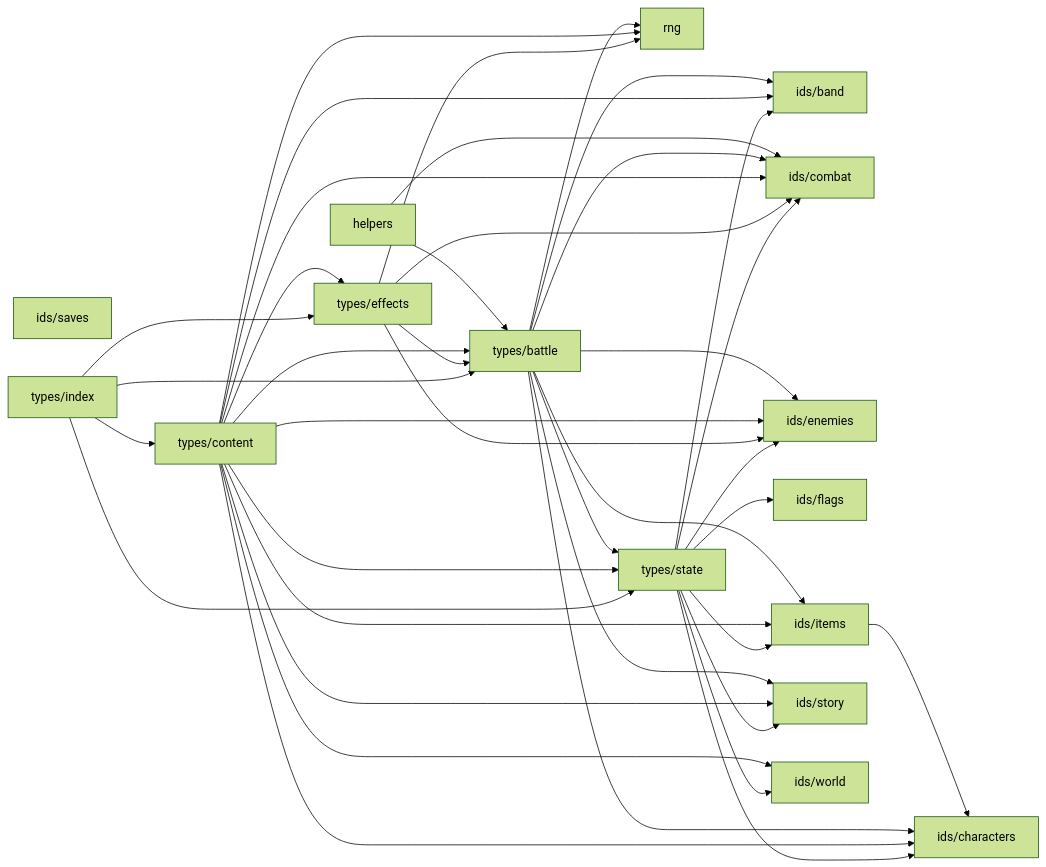
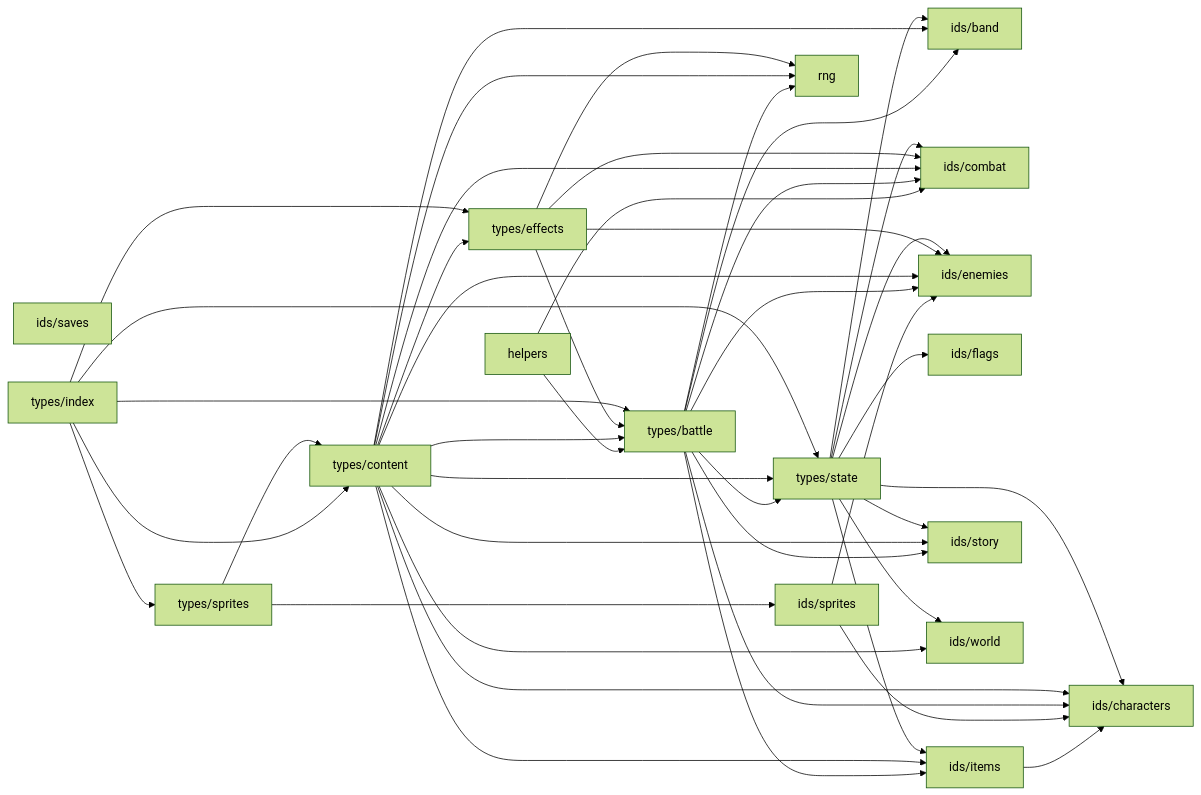
Before and after one commit to OrangeB0lt/Cyber-funk: the diagram in docs/reference/code-map/core.md, drawn with Mermaid (forest theme). The commit also changed other lines of this file and 30 other files, not shown here.

````diff
--- a/docs/reference/code-map/core.md
+++ b/docs/reference/code-map/core.md
@@ -11,57 +11,64 @@
 ```mermaid
 flowchart LR
   n_helpers["helpers"]
   n_ids_band["ids/band"]
   n_ids_characters["ids/characters"]
   n_ids_combat["ids/combat"]
   n_ids_enemies["ids/enemies"]
   n_ids_flags["ids/flags"]
   n_ids_items["ids/items"]
   n_ids_saves["ids/saves"]
+  n_ids_sprites["ids/sprites"]
   n_ids_story["ids/story"]
   n_ids_world["ids/world"]
   n_rng["rng"]
   n_types_battle["types/battle"]
   n_types_content["types/content"]
   n_types_effects["types/effects"]
   n_types_index["types/index"]
+  n_types_sprites["types/sprites"]
   n_types_state["types/state"]
   n_helpers --> n_ids_combat
   n_helpers --> n_types_battle
   n_ids_items --> n_ids_characters
+  n_ids_sprites --> n_ids_characters
+  n_ids_sprites --> n_ids_enemies
   n_types_battle --> n_ids_band
   n_types_battle --> n_ids_characters
   n_types_battle --> n_ids_combat
   n_types_battle --> n_ids_enemies
   n_types_battle --> n_ids_items
   n_types_battle --> n_ids_story
   n_types_battle --> n_rng
   n_types_battle --> n_types_state
   n_types_content --> n_ids_band
   n_types_content --> n_ids_characters
   n_types_content --> n_ids_combat
   n_types_content --> n_ids_enemies
   n_types_content --> n_ids_items
   n_types_content --> n_ids_story
   n_types_content --> n_ids_world
   n_types_content --> n_rng
   n_types_content --> n_types_battle
   n_types_content --> n_types_effects
   n_types_content --> n_types_state
   n_types_effects --> n_ids_combat
   n_types_effects --> n_ids_enemies
   n_types_effects --> n_rng
   n_types_effects --> n_types_battle
   n_types_index --> n_types_battle
   n_types_index --> n_types_content
   n_types_index --> n_types_effects
+  n_types_index --> n_types_sprites
   n_types_index --> n_types_state
+  n_types_sprites --> n_ids_sprites
+  n_types_sprites --> n_types_content
   n_types_state --> n_ids_band
   n_types_state --> n_ids_characters
   n_types_state --> n_ids_combat
   n_types_state --> n_ids_enemies
   n_types_state --> n_ids_flags
   n_types_state --> n_ids_items
   n_types_state --> n_ids_story
   n_types_state --> n_ids_world
 ```
````
